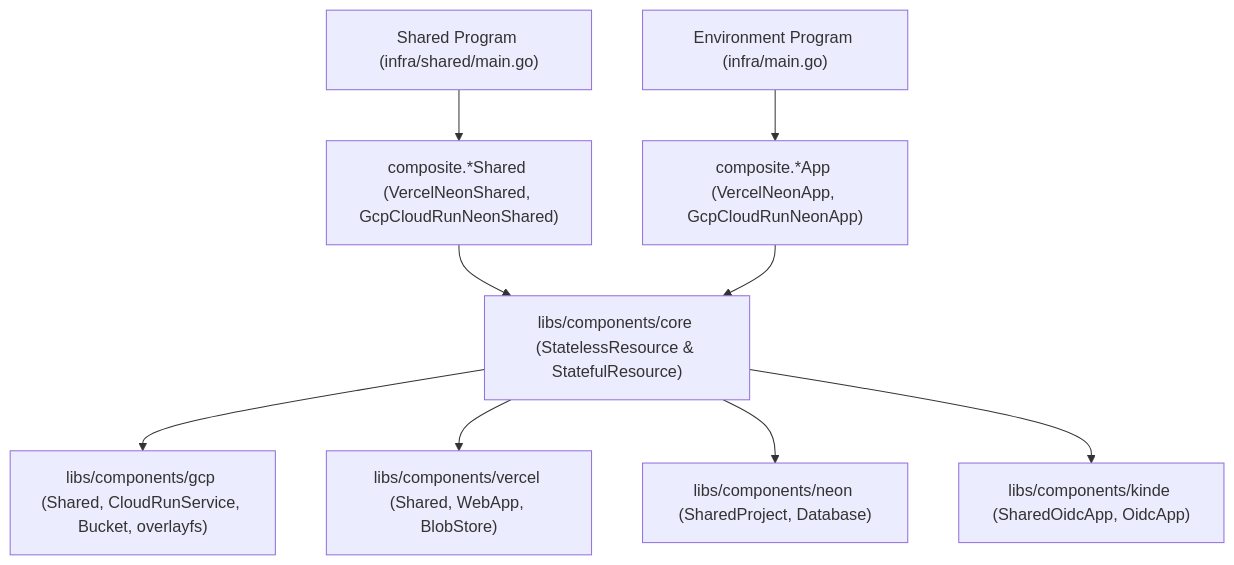
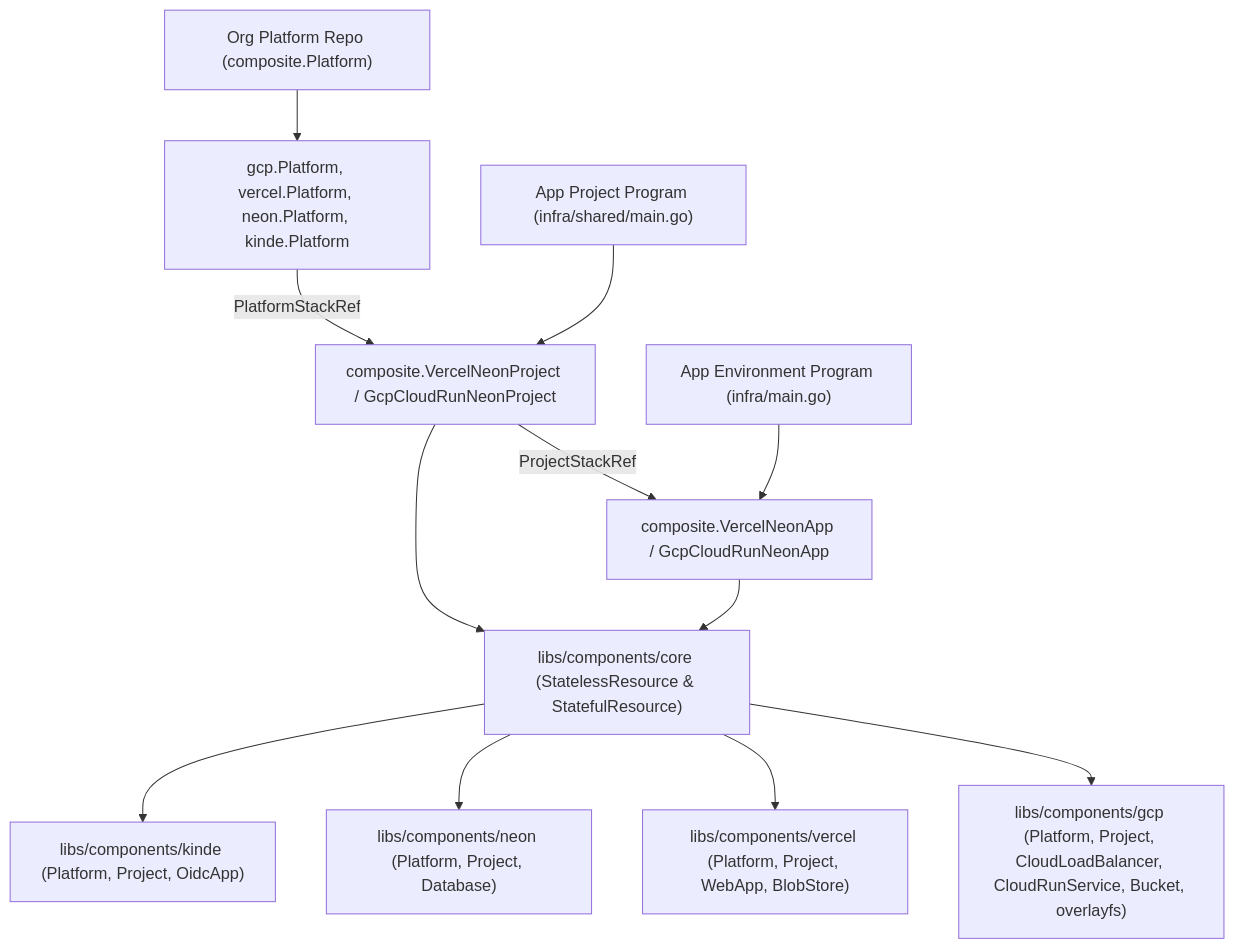
Before and after one commit to cloudvoyant/openbase: the diagram in README.md, drawn with Mermaid. The commit also changed other lines of this file and 61 other files, not shown here.

Commit message:
refactor(components): adopt Platform, Project, and Environment hierarchy

````diff
--- a/README.md
+++ b/README.md
@@ -5,11 +5,14 @@
 ```mermaid
 flowchart TD
-    SharedProg["Shared Program (infra/shared/main.go)"] --> SharedComp["composite.*Shared (VercelNeonShared, GcpCloudRunNeonShared)"]
-    EnvProg["Environment Program (infra/main.go)"] --> AppComp["composite.*App (VercelNeonApp, GcpCloudRunNeonApp)"]
-    SharedComp --> Core["libs/components/core (StatelessResource & StatefulResource)"]
+    OrgProg["Org Platform Repo (composite.Platform)"] --> OrgBlocks["gcp.Platform, vercel.Platform, neon.Platform, kinde.Platform"]
+    ProjProg["App Project Program (infra/shared/main.go)"] --> ProjComp["composite.VercelNeonProject / GcpCloudRunNeonProject"]
+    EnvProg["App Environment Program (infra/main.go)"] --> AppComp["composite.VercelNeonApp / GcpCloudRunNeonApp"]
+    OrgBlocks -->|"PlatformStackRef"| ProjComp
+    ProjComp -->|"ProjectStackRef"| AppComp
+    ProjComp --> Core["libs/components/core (StatelessResource & StatefulResource)"]
     AppComp --> Core
-    Core --> GCP["libs/components/gcp (Shared, CloudRunService, Bucket, overlayfs)"]
-    Core --> Vercel["libs/components/vercel (Shared, WebApp, BlobStore)"]
-    Core --> Neon["libs/components/neon (SharedProject, Database)"]
-    Core --> Kinde["libs/components/kinde (SharedOidcApp, OidcApp)"]
+    Core --> GCP["libs/components/gcp (Platform, Project, CloudLoadBalancer, CloudRunService, Bucket, overlayfs)"]
+    Core --> Vercel["libs/components/vercel (Platform, Project, WebApp, BlobStore)"]
+    Core --> Neon["libs/components/neon (Platform, Project, Database)"]
+    Core --> Kinde["libs/components/kinde (Platform, Project, OidcApp)"]
 ```
````
